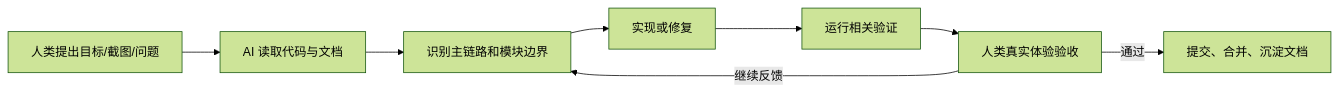
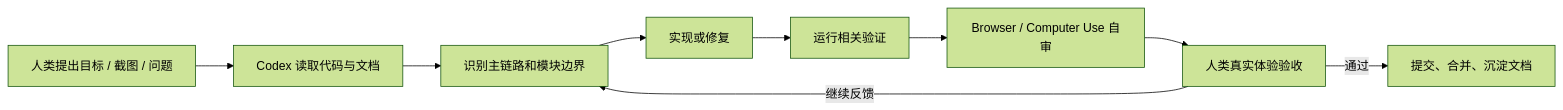
Before and after one commit to jiajiajiaxr/bottled-water: the diagram in docs/ai-collaboration-record/00-feishu-doc-outline.md, drawn with Mermaid (forest theme). The commit also changed other lines of this file and 15 other files, not shown here.

````diff
--- a/docs/ai-collaboration-record/00-feishu-doc-outline.md
+++ b/docs/ai-collaboration-record/00-feishu-doc-outline.md
@@ -45,10 +48,11 @@
 ```mermaid
 flowchart LR
-  A["人类提出目标/截图/问题"] --> B["AI 读取代码与文档"]
+  A["人类提出目标 / 截图 / 问题"] --> B["Codex 读取代码与文档"]
   B --> C["识别主链路和模块边界"]
   C --> D["实现或修复"]
   D --> E["运行相关验证"]
-  E --> F["人类真实体验验收"]
-  F -->|继续反馈| C
-  F -->|通过| G["提交、合并、沉淀文档"]
+  E --> F["Browser / Computer Use 自审"]
+  F --> G["人类真实体验验收"]
+  G -->|继续反馈| C
+  G -->|通过| H["提交、合并、沉淀文档"]
 ```
````
